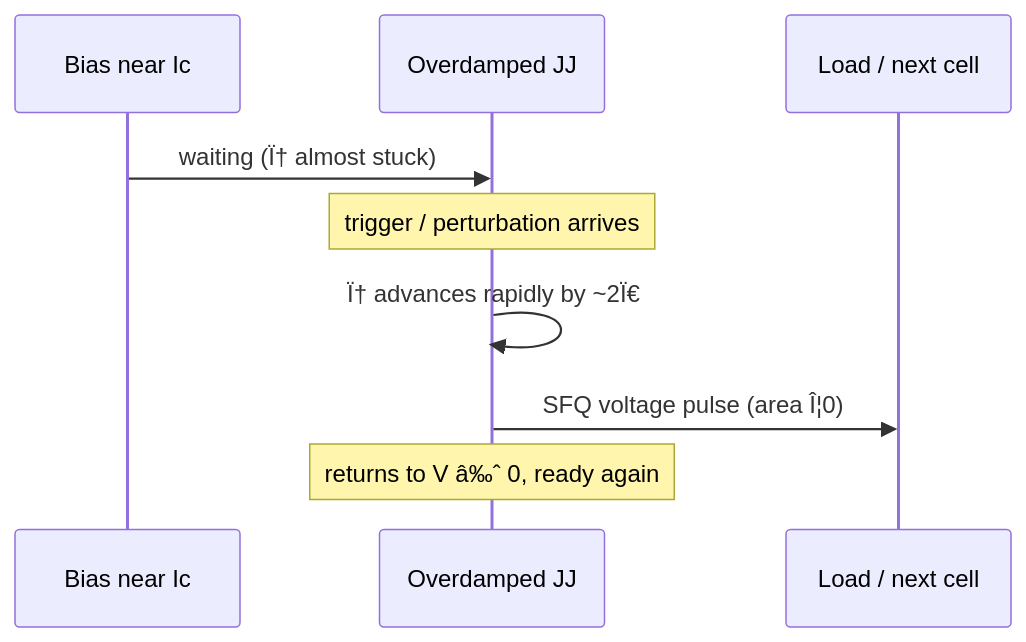
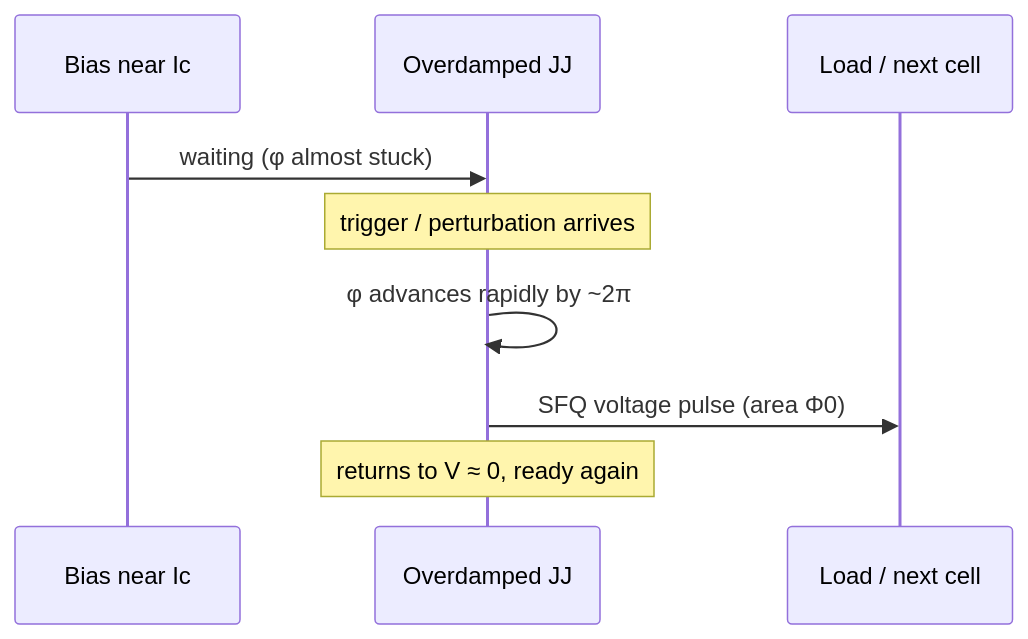
One commit to Single-Flux-Quantum/sfq-learn-public changed the first of 2 diagrams in docs/bridge/phase-to-pulse.md. Above: the diagram before and after it, drawn with Mermaid. The commit also changed other lines of this file and 39 other files, not shown here.

````diff
--- a/docs/bridge/phase-to-pulse.md
+++ b/docs/bridge/phase-to-pulse.md
@@ -86,11 +86,11 @@
 ```mermaid
 sequenceDiagram
   participant Bias as Bias near Ic
   participant JJ as Overdamped JJ
   participant Out as Load / next cell
-  Bias->>JJ: waiting (Ï† almost stuck)
+  Bias->>JJ: waiting (φ almost stuck)
   Note over JJ: trigger / perturbation arrives
-  JJ->>JJ: Ï† advances rapidly by ~2Ï€
-  JJ->>Out: SFQ voltage pulse (area Î¦0)
-  Note over JJ: returns to V â‰ˆ 0, ready again
+  JJ->>JJ: φ advances rapidly by ~2π
+  JJ->>Out: SFQ voltage pulse (area Φ0)
+  Note over JJ: returns to V ≈ 0, ready again
 ```
````
